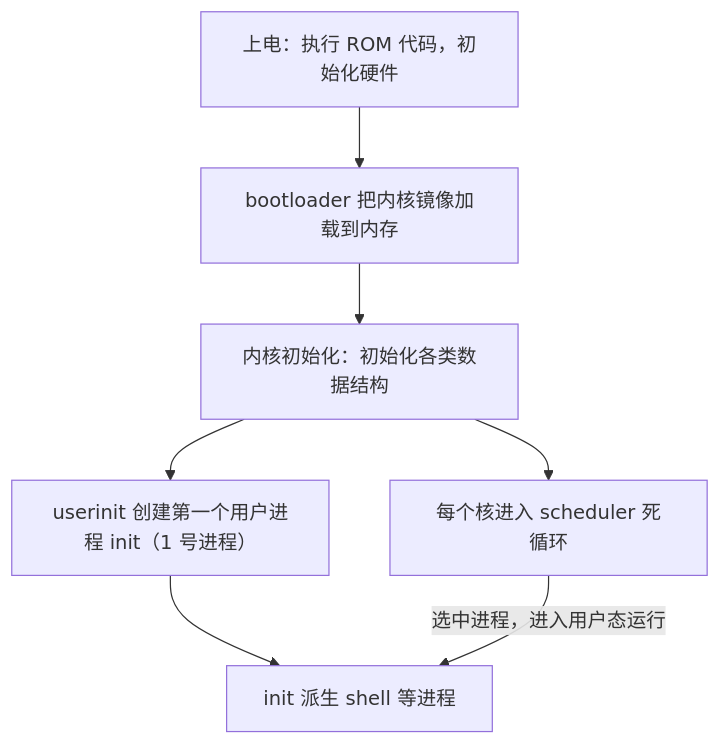
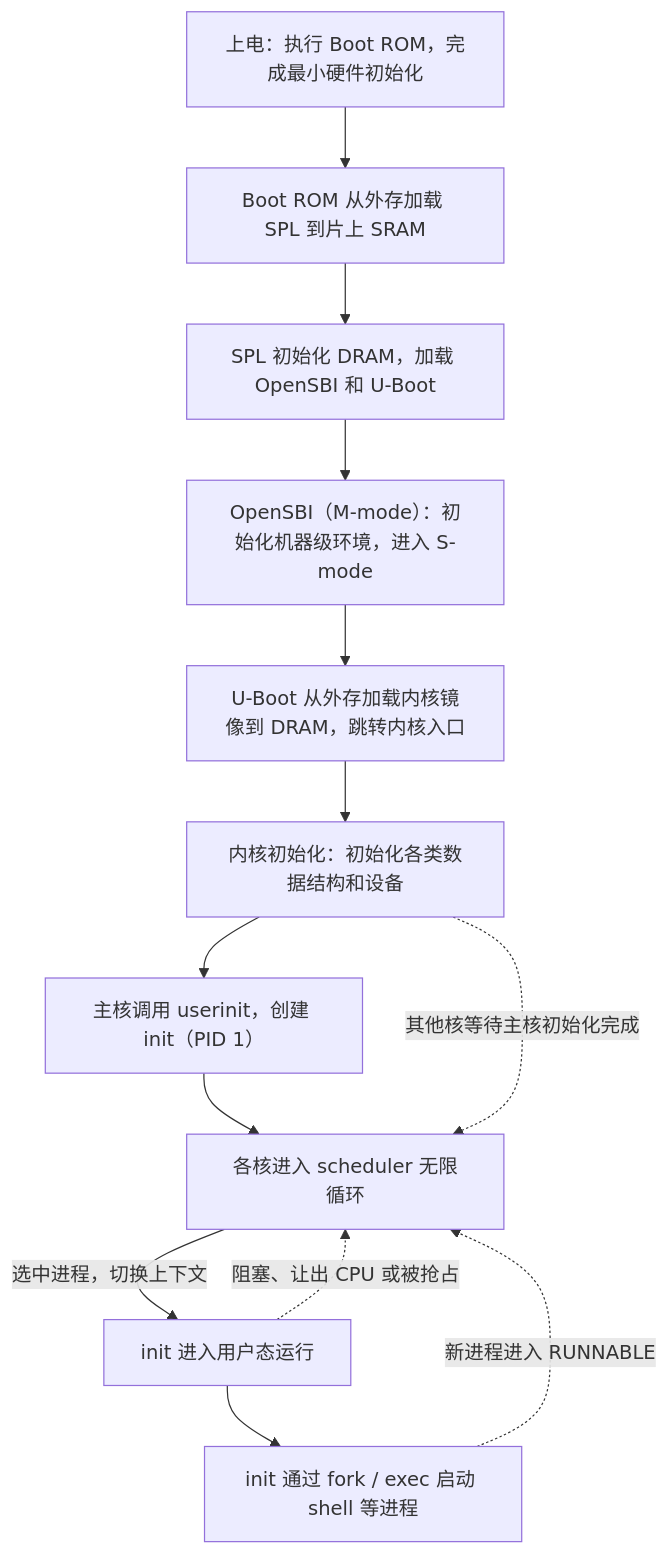
Before and after one commit to MiniYuanBot/note-buddy: the first of 4 diagrams in operating-system/output/L01/chapters/07-os-boot-and-startup.md, drawn with Mermaid. The commit also changed other lines of this file and 10 other files, not shown here.

````diff
--- a/operating-system/output/L01/chapters/07-os-boot-and-startup.md
+++ b/operating-system/output/L01/chapters/07-os-boot-and-startup.md
@@ -35,9 +35,18 @@
 ```mermaid
 flowchart TB
-  A["上电：执行 ROM 代码，初始化硬件"] --> B["bootloader 把内核镜像加载到内存"]
-  B --> C["内核初始化：初始化各类数据结构"]
-  C --> D["userinit 创建第一个用户进程 init（1 号进程）"]
-  D --> E["init 派生 shell 等进程"]
-  C --> F["每个核进入 scheduler 死循环"]
-  F -->|"选中进程，进入用户态运行"| E
+  A["上电：执行 Boot ROM，完成最小硬件初始化"]
+  --> A1["Boot ROM 从外存加载 SPL 到片上 SRAM"]
+  A1 --> A2["SPL 初始化 DRAM，加载 OpenSBI 和 U-Boot"]
+  A2 --> A3["OpenSBI（M-mode）：初始化机器级环境，进入 S-mode"]
+  A3 --> B["U-Boot 从外存加载内核镜像到 DRAM，跳转内核入口"]
+
+  B --> C["内核初始化：初始化各类数据结构和设备"]
+  C --> D["主核调用 userinit，创建 init（PID 1）"]
+  D --> F["各核进入 scheduler 无限循环"]
+  C -.->|"其他核等待主核初始化完成"| F
+
+  F -->|"选中进程，切换上下文"| G["init 进入用户态运行"]
+  G --> E["init 通过 fork / exec 启动 shell 等进程"]
+  E -.->|"新进程进入 RUNNABLE"| F
+  G -.->|"阻塞、让出 CPU 或被抢占"| F
 ```
````
